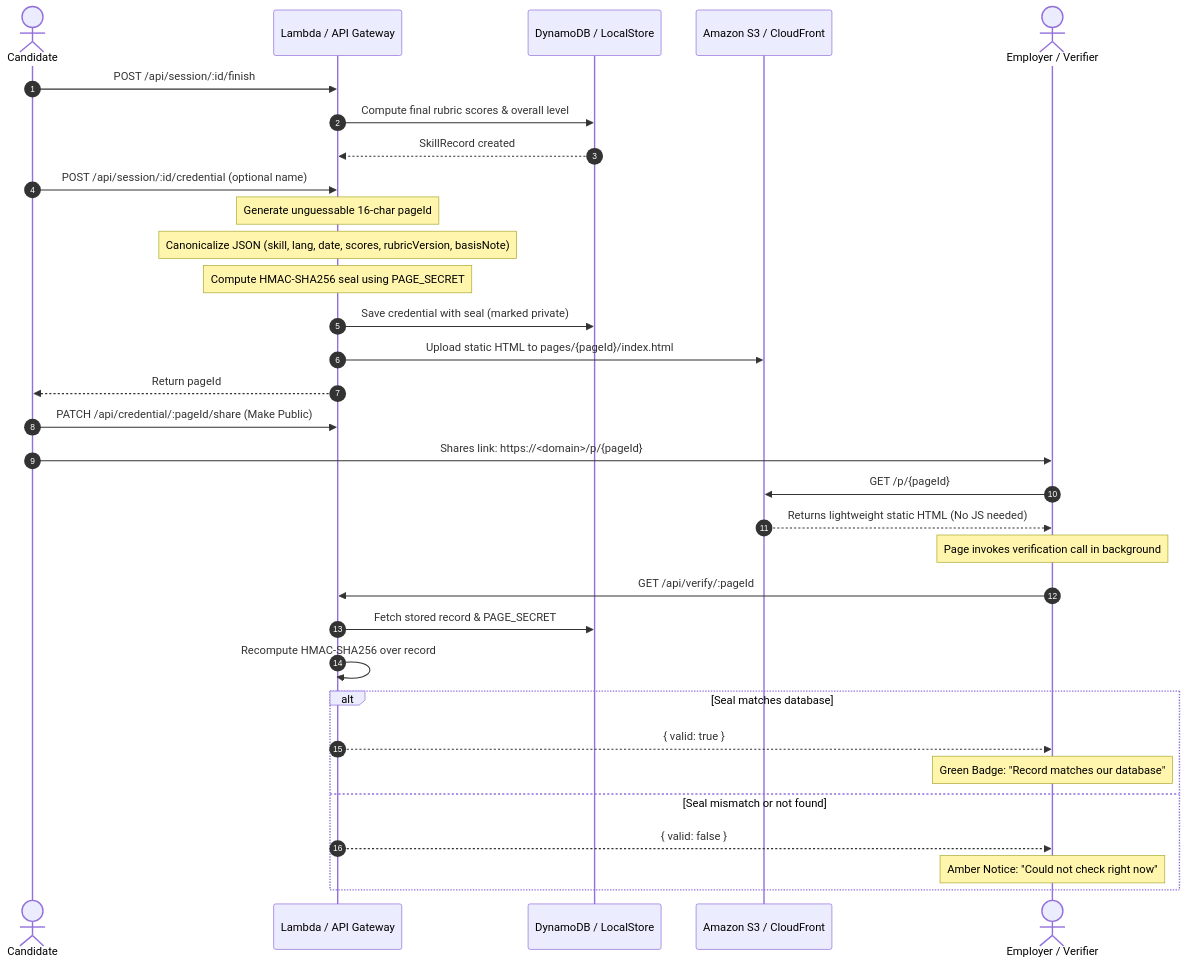
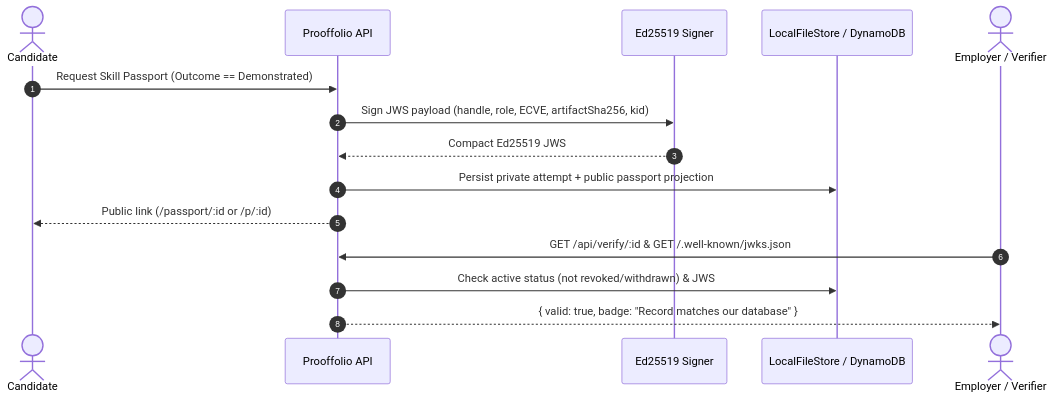
The third of 3 diagrams in README.md (AnanthAkshay/Whackiest_2k26), drawn with Mermaid before and after one commit. The commit also changed other lines of this file and 14 other files, not shown here.

````diff
--- a/README.md
+++ b/README.md
@@ -160,37 +135,19 @@
 ```mermaid
 sequenceDiagram
     autonumber
-    actor Candidate as Candidate
-    participant API as Lambda / API Gateway
-    participant Store as DynamoDB / LocalStore
-    participant S3 as Amazon S3 / CloudFront
+    actor Candidate
+    participant API as Prooffolio API
+    participant Crypto as Ed25519 Signer
+    participant Store as LocalFileStore / DynamoDB
     actor Verifier as Employer / Verifier
 
-    Candidate->>API: POST /api/session/:id/finish
-    API->>Store: Compute final rubric scores & overall level
-    Store-->>API: SkillRecord created
-    Candidate->>API: POST /api/session/:id/credential (optional name)
-    Note over API: Generate unguessable 16-char pageId
-    Note over API: Canonicalize JSON (skill, lang, date, scores, rubricVersion, basisNote)
-    Note over API: Compute HMAC-SHA256 seal using PAGE_SECRET
-    API->>Store: Save credential with seal (marked private)
-    API->>S3: Upload static HTML to pages/{pageId}/index.html
-    API-->>Candidate: Return pageId
-    
-    Candidate->>API: PATCH /api/credential/:pageId/share (Make Public)
-    Candidate->>Verifier: Shares link: https://<domain>/p/{pageId}
-    
-    Verifier->>S3: GET /p/{pageId}
-    S3-->>Verifier: Returns lightweight static HTML (No JS needed)
-    Note over Verifier: Page invokes verification call in background
-    Verifier->>API: GET /api/verify/:pageId
-    API->>Store: Fetch stored record & PAGE_SECRET
-    API->>API: Recompute HMAC-SHA256 over record
-    alt Seal matches database
-        API-->>Verifier: { valid: true }
-        Note over Verifier: Green Badge: "Record matches our database"
-    else Seal mismatch or not found
-        API-->>Verifier: { valid: false }
-        Note over Verifier: Amber Notice: "Could not check right now"
-    end
+    Candidate->>API: Request Skill Passport (Outcome == Demonstrated)
+    API->>Crypto: Sign JWS payload (handle, role, ECVE, artifactSha256, kid)
+    Crypto-->>API: Compact Ed25519 JWS
+    API->>Store: Persist private attempt + public passport projection
+    API-->>Candidate: Public link (/passport/:id or /p/:id)
+
+    Verifier->>API: GET /api/verify/:id & GET /.well-known/jwks.json
+    API->>Store: Check active status (not revoked/withdrawn) & JWS
+    API-->>Verifier: { valid: true, badge: "Record matches our database" }
 ```
````
